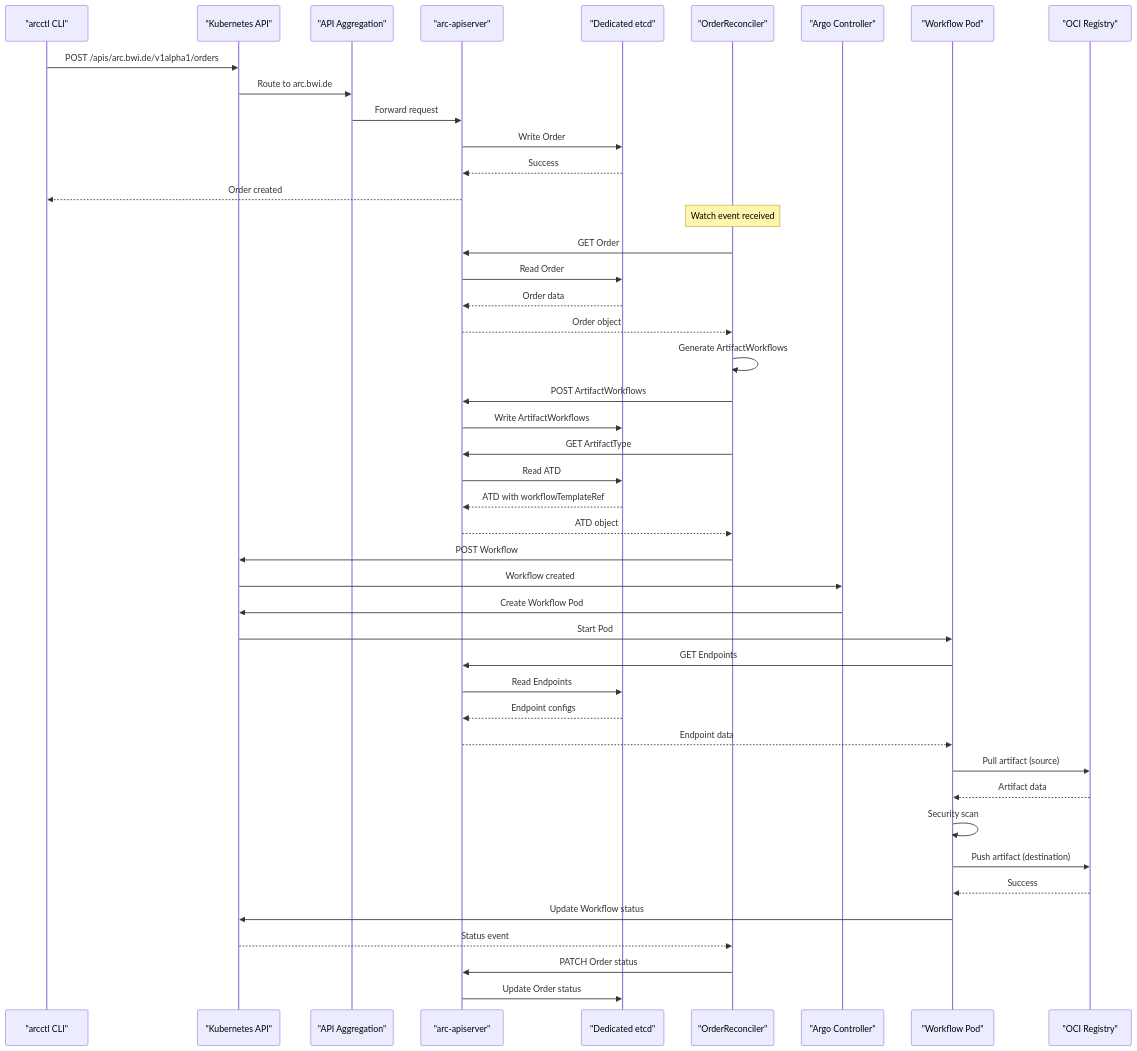
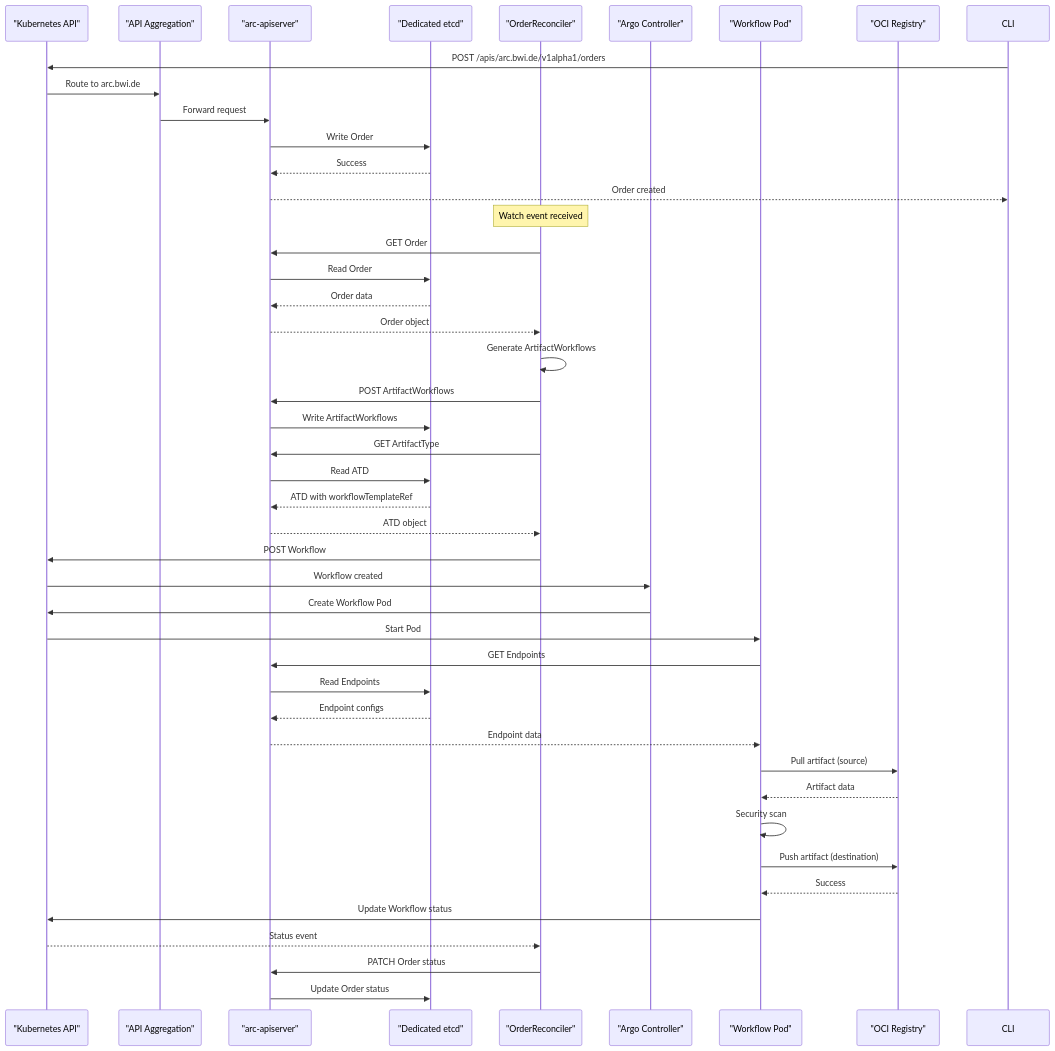
One commit to opendefensecloud/artifact-conduit changed the seventh of 7 diagrams in docs/user-guide/core-concepts.md. Above: the diagram before and after it, drawn with Mermaid. The commit also changed other lines of this file and 4 other files, not shown here.

````diff
--- a/docs/user-guide/core-concepts.md
+++ b/docs/user-guide/core-concepts.md
@@ -428,61 +428,60 @@
 ```mermaid
 sequenceDiagram
-    participant CLI as "arcctl CLI"
     participant K8sAPI as "Kubernetes API"
     participant APIAgg as "API Aggregation"
     participant ARCAPI as "arc-apiserver"
     participant etcd as "Dedicated etcd"
     participant Ctrl as "OrderReconciler"
     participant Argo as "Argo Controller"
     participant Worker as "Workflow Pod"
     participant Registry as "OCI Registry"
     
     CLI->>K8sAPI: POST /apis/arc.bwi.de/v1alpha1/orders
     K8sAPI->>APIAgg: Route to arc.bwi.de
     APIAgg->>ARCAPI: Forward request
     ARCAPI->>etcd: Write Order
     etcd-->>ARCAPI: Success
     ARCAPI-->>CLI: Order created
     
     Note over Ctrl: Watch event received
     
     Ctrl->>ARCAPI: GET Order
     ARCAPI->>etcd: Read Order
     etcd-->>ARCAPI: Order data
     ARCAPI-->>Ctrl: Order object
     
     Ctrl->>Ctrl: Generate ArtifactWorkflows
     
     Ctrl->>ARCAPI: POST ArtifactWorkflows
     ARCAPI->>etcd: Write ArtifactWorkflows
     
     Ctrl->>ARCAPI: GET ArtifactType
     ARCAPI->>etcd: Read ATD
     etcd-->>ARCAPI: ATD with workflowTemplateRef
     ARCAPI-->>Ctrl: ATD object
     
     Ctrl->>K8sAPI: POST Workflow
     K8sAPI->>Argo: Workflow created
     
     Argo->>K8sAPI: Create Workflow Pod
     K8sAPI->>Worker: Start Pod
     
     Worker->>ARCAPI: GET Endpoints
     ARCAPI->>etcd: Read Endpoints
     etcd-->>ARCAPI: Endpoint configs
     ARCAPI-->>Worker: Endpoint data
     
     Worker->>Registry: Pull artifact (source)
     Registry-->>Worker: Artifact data
     
     Worker->>Worker: Security scan
     
     Worker->>Registry: Push artifact (destination)
     Registry-->>Worker: Success
     
     Worker->>K8sAPI: Update Workflow status
     K8sAPI-->>Ctrl: Status event
     
     Ctrl->>ARCAPI: PATCH Order status
     ARCAPI->>etcd: Update Order status
 ```
````
